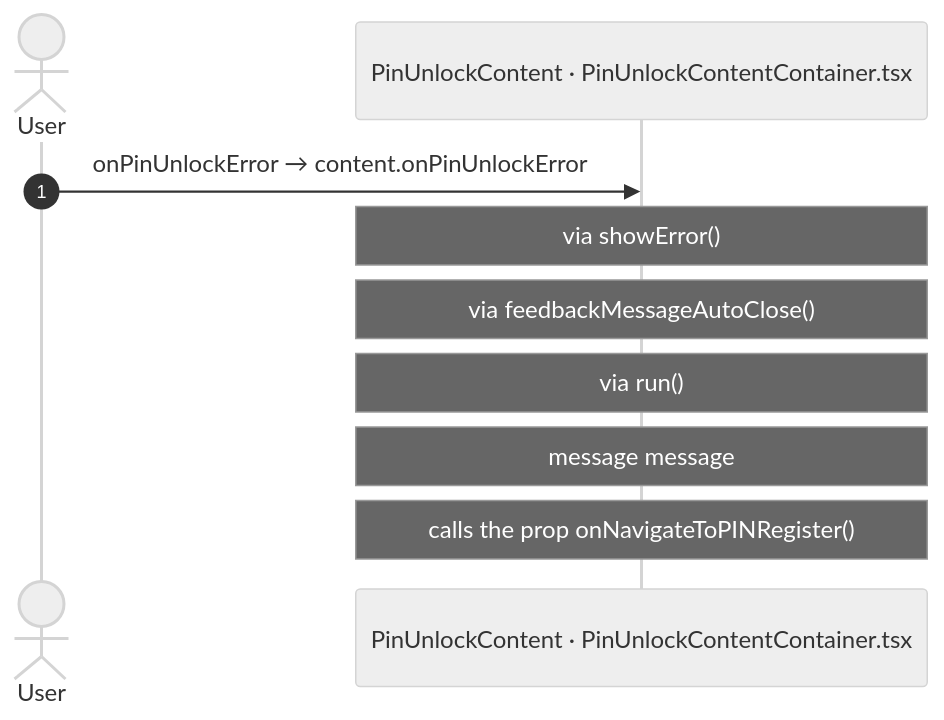
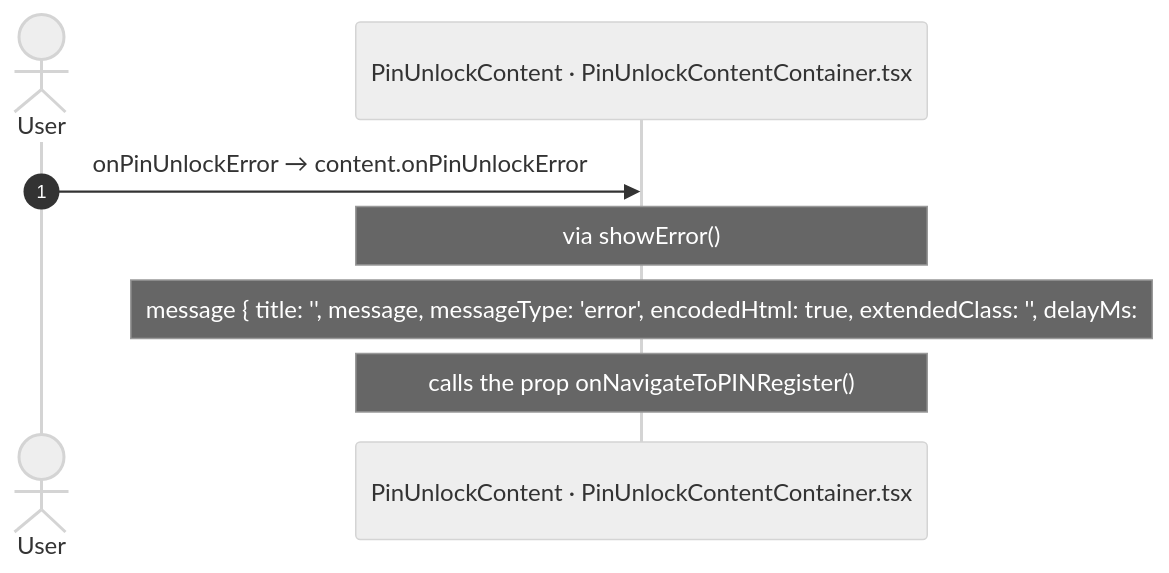
Before and after one commit to Phoenix-DX/connect-new-ui: diagram 15 of 18 in route-actions/APP_SHELL.md, drawn with Mermaid (neutral theme). The commit also changed other lines of this file and 9 other files, not shown here.

Commit message:
route actions: ContactUsDetails checked (4 calls, 0 missing, 3 questions); tool: tel: links, previous screen, FeedbackMessage actions, JS node action proxies, functions given to then/setTimeout, hook-returned handlers; raiseToFlowHandler is not an effect

````diff
--- a/route-actions/APP_SHELL.md
+++ b/route-actions/APP_SHELL.md
@@ -285,12 +312,10 @@
 ```mermaid
 sequenceDiagram
   autonumber
   actor U as User
   participant H as PinUnlockContent · PinUnlockContentContainer.tsx
   U->>H: onPinUnlockError → content.onPinUnlockError
   Note over H: via showError()
-  Note over H: via feedbackMessageAutoClose()
-  Note over H: via run()
-  Note over H: message message
+  Note over H: message { title: '', message, messageType: 'error', encodedHtml: true, extendedClass: '', delayMs:
   Note over H: calls the prop onNavigateToPINRegister()
 ```
````
